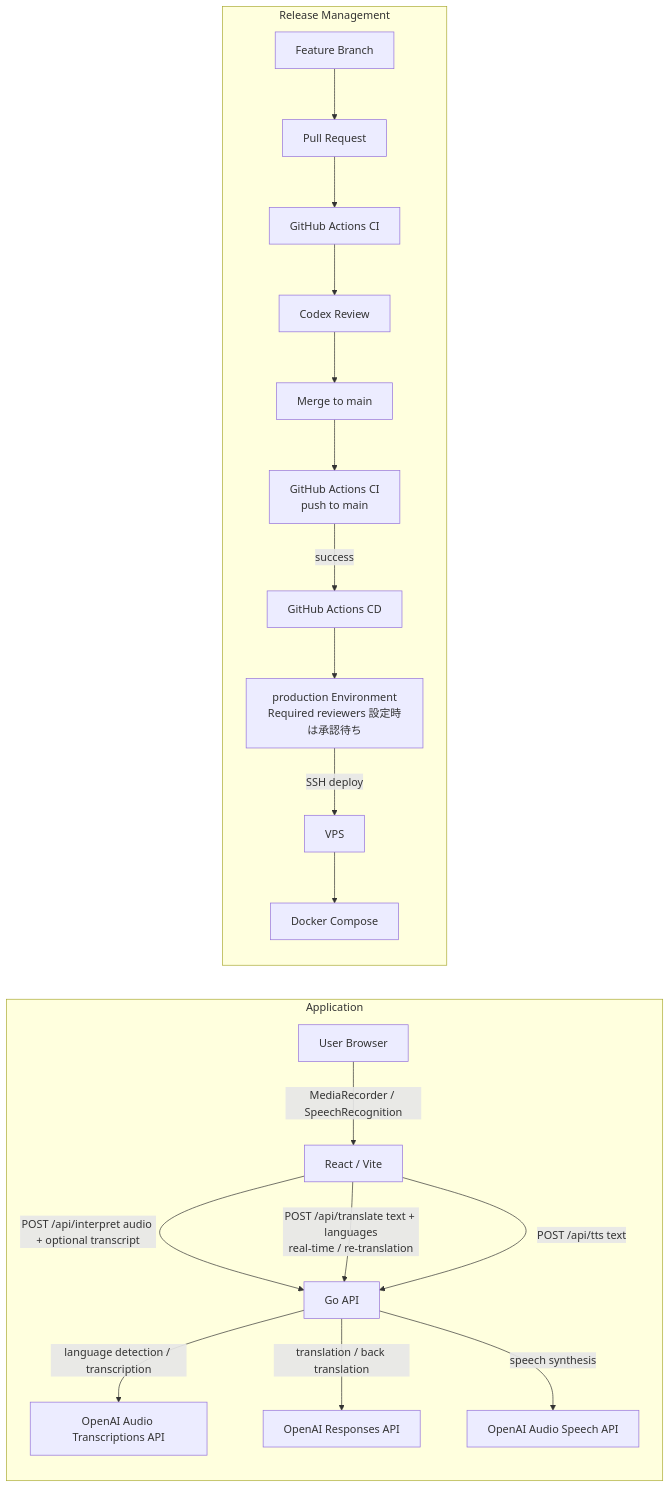
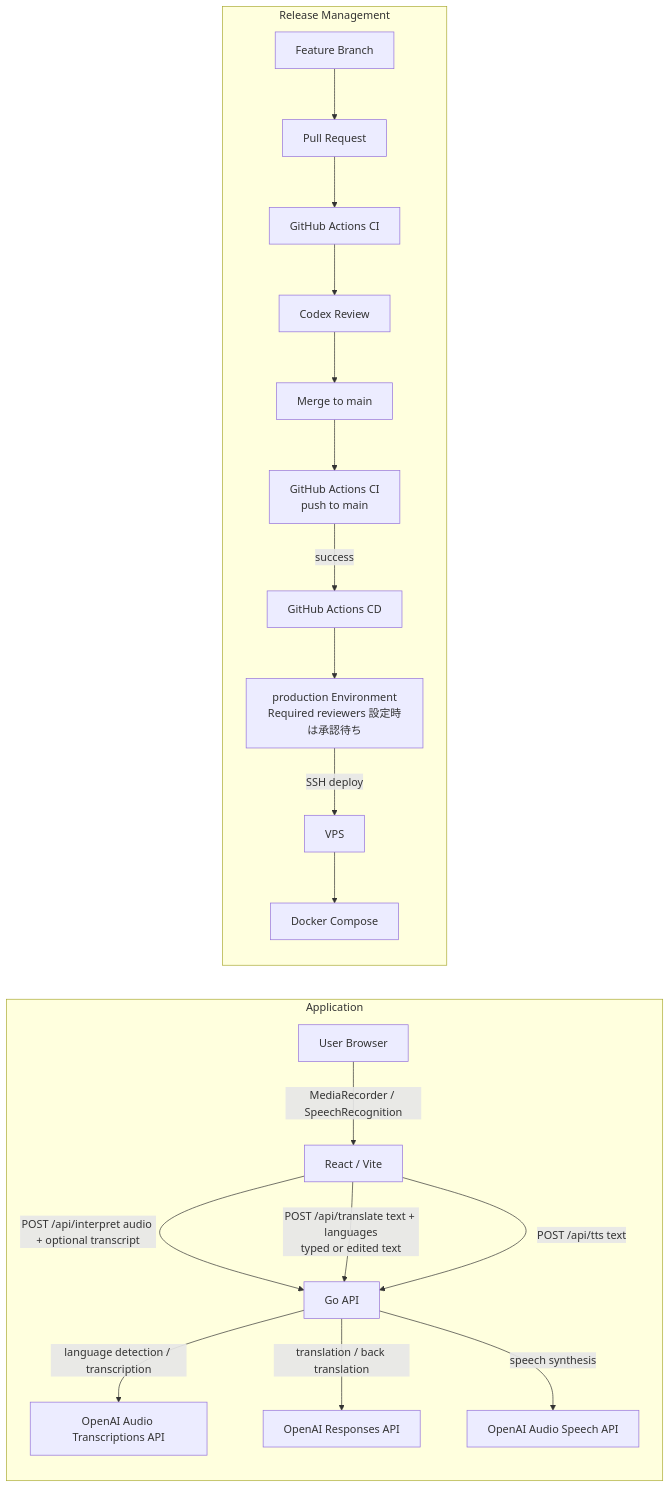
Before and after one commit to shin-arita/gotalk: the diagram in README.md, drawn with Mermaid. The commit also changed other lines of this file and 12 other files, not shown here.

````diff
--- a/README.md
+++ b/README.md
@@ -48,24 +47,24 @@
 ```mermaid
 flowchart LR
   subgraph App[Application]
     User[User Browser] -->|MediaRecorder / SpeechRecognition| Frontend[React / Vite]
     Frontend -->|POST /api/interpret audio + optional transcript| Backend[Go API]
-    Frontend -->|POST /api/translate text + languages<br/>real-time / re-translation| Backend
+    Frontend -->|POST /api/translate text + languages<br/>typed or edited text| Backend
     Frontend -->|POST /api/tts text| Backend
     Backend -->|language detection / transcription| Transcriptions[OpenAI Audio Transcriptions API]
     Backend -->|translation / back translation| Responses[OpenAI Responses API]
     Backend -->|speech synthesis| Speech[OpenAI Audio Speech API]
   end
 
   subgraph Release[Release Management]
     Feature[Feature Branch] --> PR[Pull Request]
     PR --> CI[GitHub Actions CI]
     CI --> Review[Codex Review]
     Review --> Main[Merge to main]
     Main --> CIMain[GitHub Actions CI<br/>push to main]
     CIMain -->|success| CD[GitHub Actions CD]
     CD --> Approval[production Environment<br/>Required reviewers 設定時は承認待ち]
     Approval -->|SSH deploy| VPS[VPS]
     VPS --> Docker[Docker Compose]
   end
 ```
````
